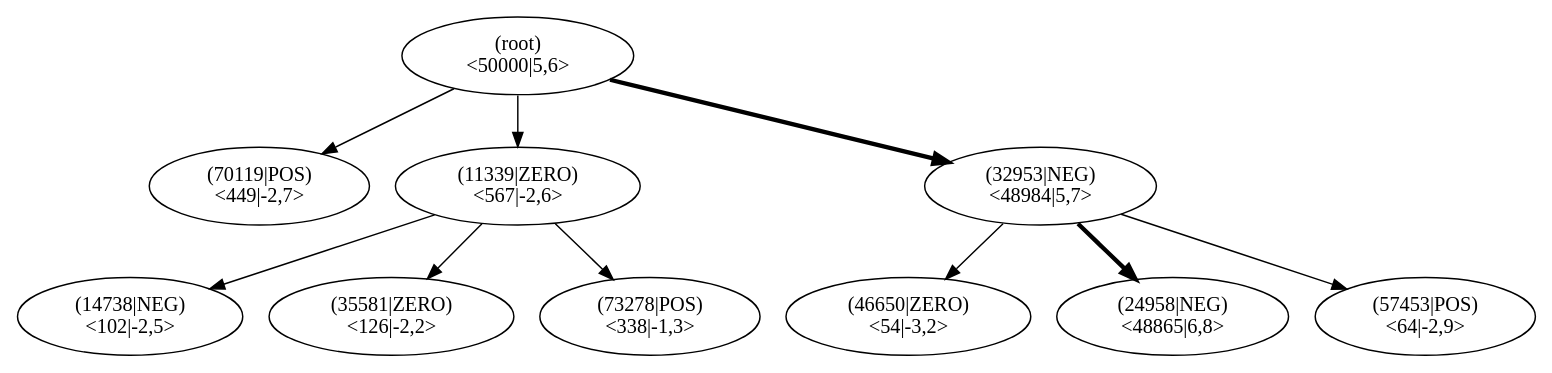
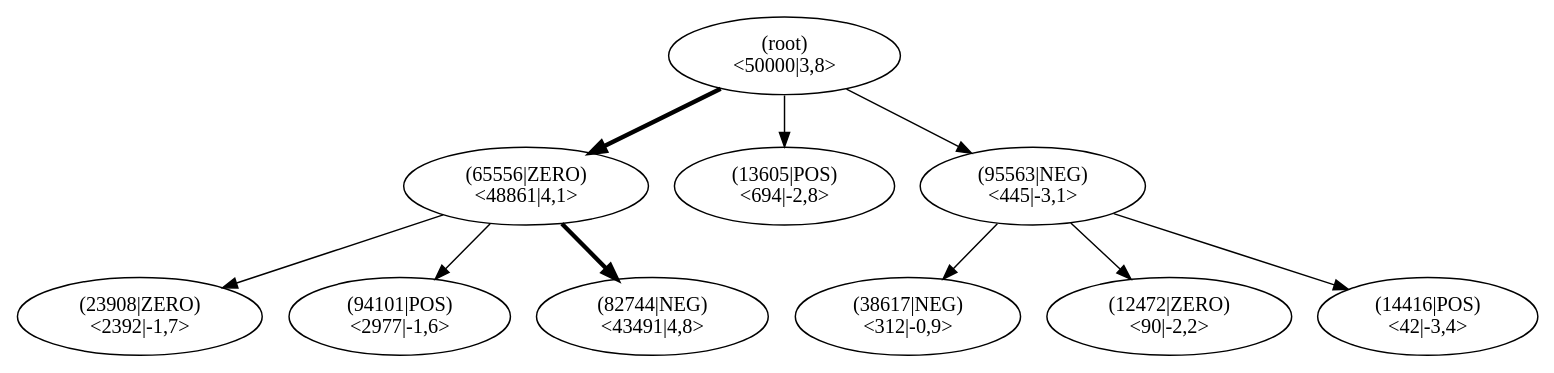
Before and after one commit to JonasHellgren/relexp-java: the diagram in pictures/ch13/lane_test_mcts.dot, drawn with Graphviz. The commit also changed 8 other files, not shown here.

```diff
--- a/pictures/ch13/lane_test_mcts.dot
+++ b/pictures/ch13/lane_test_mcts.dot
@@ -1,32 +1,32 @@
 digraph MCTS {
 node [shape=ellipse];
 Nroot [label="(root)
-<50000|5,6>"];
-Nroot -> N70119[penwidth=1];
-N70119 [label="(70119|POS)
-<449|-2,7>"];
-Nroot -> N11339[penwidth=1];
-N11339 [label="(11339|ZERO)
-<567|-2,6>"];
-N11339 -> N14738[penwidth=1];
-N14738 [label="(14738|NEG)
-<102|-2,5>"];
-N11339 -> N35581[penwidth=1];
-N35581 [label="(35581|ZERO)
-<126|-2,2>"];
-N11339 -> N73278[penwidth=1];
-N73278 [label="(73278|POS)
-<338|-1,3>"];
-Nroot -> N32953[penwidth=3];
-N32953 [label="(32953|NEG)
-<48984|5,7>"];
-N32953 -> N46650[penwidth=1];
-N46650 [label="(46650|ZERO)
-<54|-3,2>"];
-N32953 -> N24958[penwidth=3];
-N24958 [label="(24958|NEG)
-<48865|6,8>"];
-N32953 -> N57453[penwidth=1];
-N57453 [label="(57453|POS)
-<64|-2,9>"];
+<50000|3,8>"];
+Nroot -> N65556[penwidth=3];
+N65556 [label="(65556|ZERO)
+<48861|4,1>"];
+N65556 -> N23908[penwidth=1];
+N23908 [label="(23908|ZERO)
+<2392|-1,7>"];
+N65556 -> N94101[penwidth=1];
+N94101 [label="(94101|POS)
+<2977|-1,6>"];
+N65556 -> N82744[penwidth=3];
+N82744 [label="(82744|NEG)
+<43491|4,8>"];
+Nroot -> N13605[penwidth=1];
+N13605 [label="(13605|POS)
+<694|-2,8>"];
+Nroot -> N95563[penwidth=1];
+N95563 [label="(95563|NEG)
+<445|-3,1>"];
+N95563 -> N38617[penwidth=1];
+N38617 [label="(38617|NEG)
+<312|-0,9>"];
+N95563 -> N12472[penwidth=1];
+N12472 [label="(12472|ZERO)
+<90|-2,2>"];
+N95563 -> N14416[penwidth=1];
+N14416 [label="(14416|POS)
+<42|-3,4>"];
 }
```
